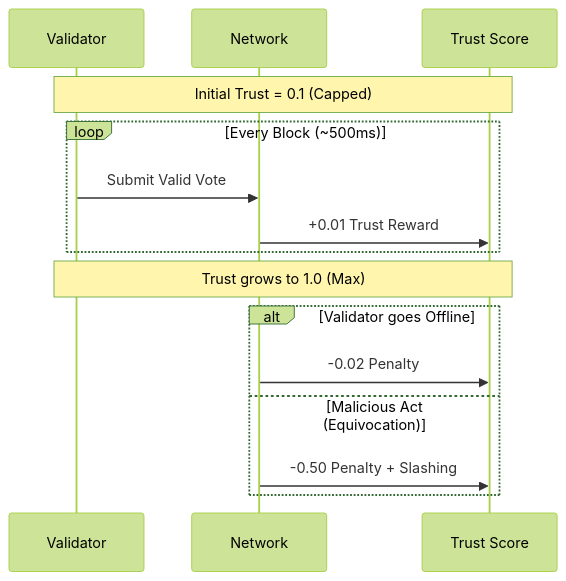
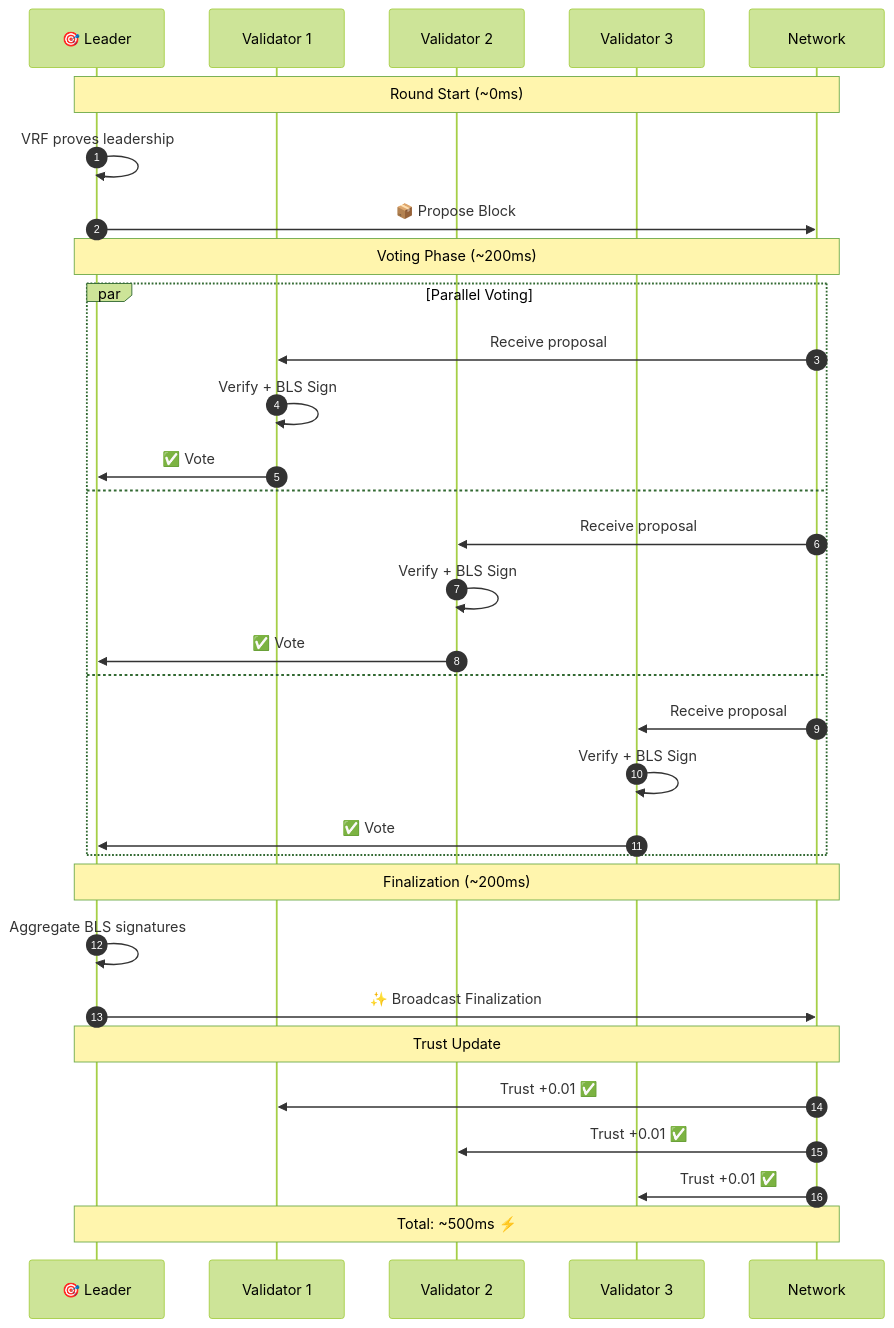
Before and after one commit to swift-consensus/swift-v2: the fourth of 9 diagrams in README.md, drawn with Mermaid (forest theme). The commit also changed other lines of this file and 1 other file, not shown here.

````diff
--- a/README.md
+++ b/README.md
@@ -51,21 +135,43 @@
 ```mermaid
 sequenceDiagram
-    participant V as Validator
+    autonumber
+    participant L as 🎯 Leader
+    participant V1 as Validator 1
+    participant V2 as Validator 2
+    participant V3 as Validator 3
     participant N as Network
-    participant T as Trust Score
 
-    Note over V, T: Initial Trust = 0.1 (Capped) 
-    
-    loop Every Block (~500ms)
-        V->>N: Submit Valid Vote
-        N->>T: +0.01 Trust Reward
+    Note over L,N: Round Start (~0ms)
+
+    L->>L: VRF proves leadership
+    L->>N: 📦 Propose Block
+
+    Note over L,N: Voting Phase (~200ms)
+
+    par Parallel Voting
+        N->>V1: Receive proposal
+        V1->>V1: Verify + BLS Sign
+        V1->>L: ✅ Vote
+    and
+        N->>V2: Receive proposal
+        V2->>V2: Verify + BLS Sign
+        V2->>L: ✅ Vote
+    and
+        N->>V3: Receive proposal
+        V3->>V3: Verify + BLS Sign
+        V3->>L: ✅ Vote
     end
-    
-    Note over V, T: Trust grows to 1.0 (Max)
-    
-    alt Validator goes Offline
-        N->>T: -0.02 Penalty
-    else Malicious Act (Equivocation)
-        N->>T: -0.50 Penalty + Slashing
-    end
+
+    Note over L,N: Finalization (~200ms)
+
+    L->>L: Aggregate BLS signatures
+    L->>N: ✨ Broadcast Finalization
+
+    Note over L,N: Trust Update
+
+    N->>V1: Trust +0.01 ✅
+    N->>V2: Trust +0.01 ✅
+    N->>V3: Trust +0.01 ✅
+
+    Note over L,N: Total: ~500ms ⚡
 ```
````
